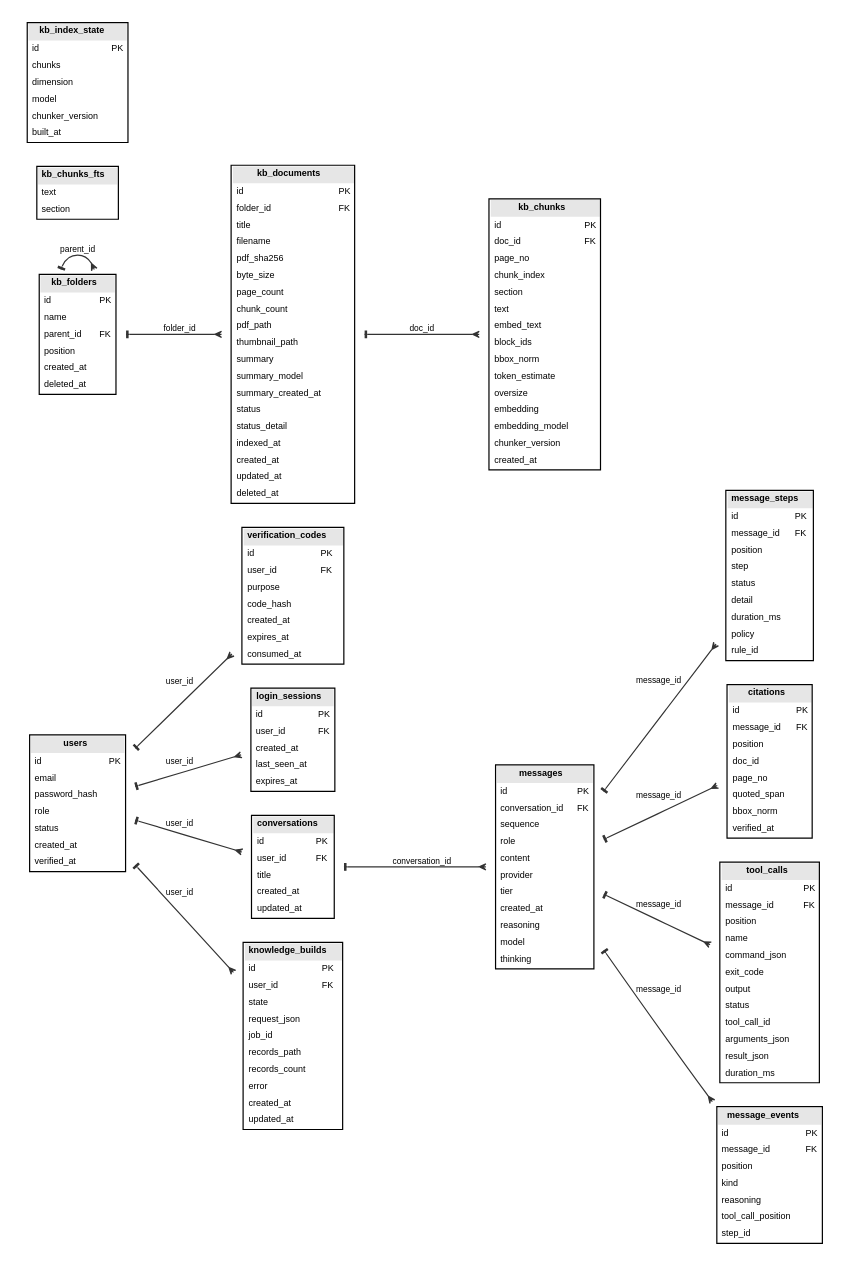
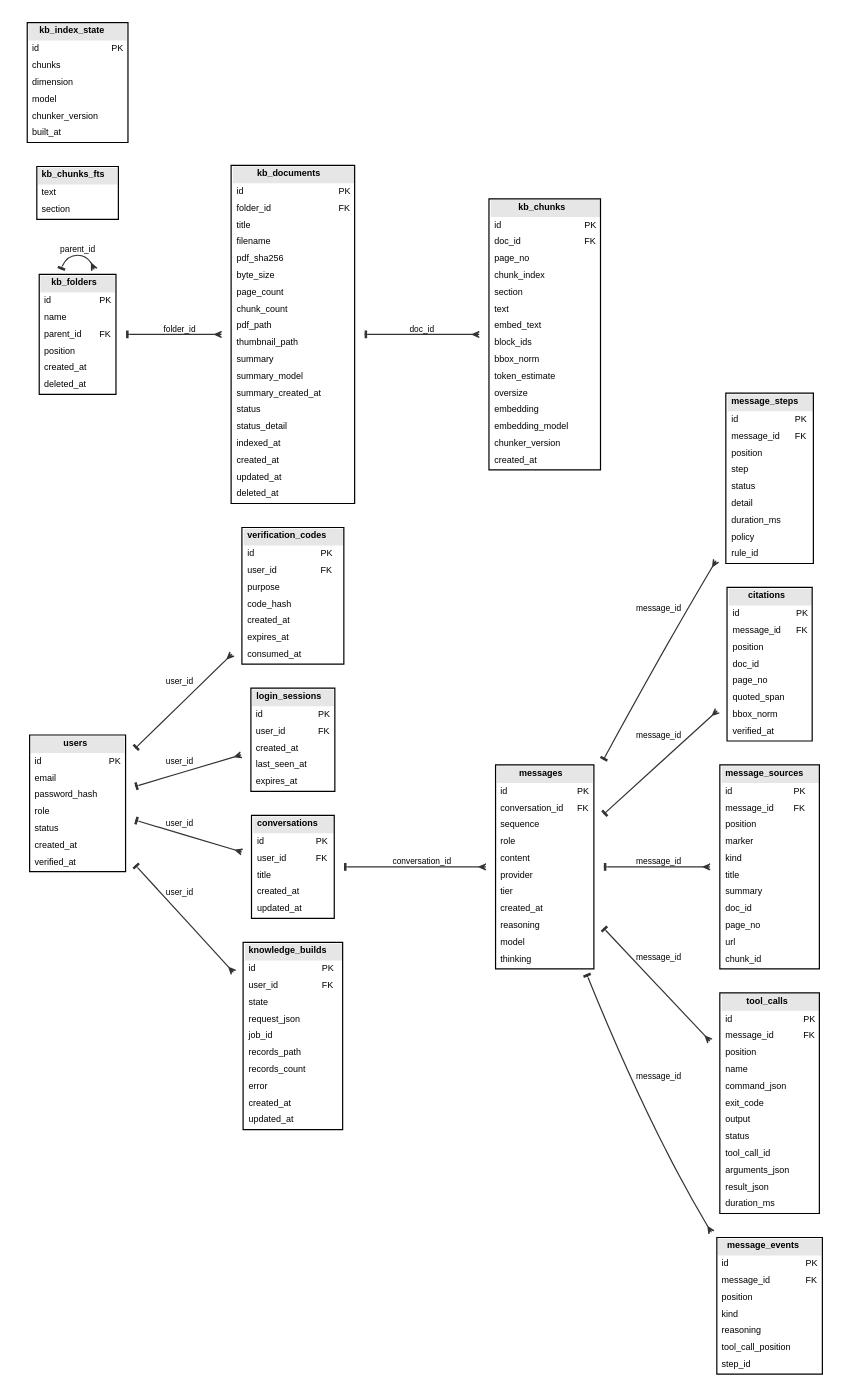
One commit to Kane-LI-0114/verifiable-tutor changed the diagram in docs/figures/physical-db.dot. Above: the diagram before and after it, drawn with Graphviz. The commit also changed 25 other files, not shown here.

```diff
--- a/docs/figures/physical-db.dot
+++ b/docs/figures/physical-db.dot
@@ -78,6 +78,20 @@
       <TR><TD ALIGN="LEFT">quoted_span</TD><TD ALIGN="LEFT"></TD></TR>
       <TR><TD ALIGN="LEFT">bbox_norm</TD><TD ALIGN="LEFT"></TD></TR>
       <TR><TD ALIGN="LEFT">verified_at</TD><TD ALIGN="LEFT"></TD></TR>
+    </TABLE>>];
+  message_sources [label=<<TABLE BORDER="1" CELLBORDER="0" CELLSPACING="0" CELLPADDING="3" BGCOLOR="white">
+      <TR><TD BGCOLOR="#e6e6e6" COLSPAN="2"><B>message_sources</B></TD></TR>
+      <TR><TD ALIGN="LEFT">id</TD><TD ALIGN="LEFT">PK</TD></TR>
+      <TR><TD ALIGN="LEFT">message_id</TD><TD ALIGN="LEFT">FK</TD></TR>
+      <TR><TD ALIGN="LEFT">position</TD><TD ALIGN="LEFT"></TD></TR>
+      <TR><TD ALIGN="LEFT">marker</TD><TD ALIGN="LEFT"></TD></TR>
+      <TR><TD ALIGN="LEFT">kind</TD><TD ALIGN="LEFT"></TD></TR>
+      <TR><TD ALIGN="LEFT">title</TD><TD ALIGN="LEFT"></TD></TR>
+      <TR><TD ALIGN="LEFT">summary</TD><TD ALIGN="LEFT"></TD></TR>
+      <TR><TD ALIGN="LEFT">doc_id</TD><TD ALIGN="LEFT"></TD></TR>
+      <TR><TD ALIGN="LEFT">page_no</TD><TD ALIGN="LEFT"></TD></TR>
+      <TR><TD ALIGN="LEFT">url</TD><TD ALIGN="LEFT"></TD></TR>
+      <TR><TD ALIGN="LEFT">chunk_id</TD><TD ALIGN="LEFT"></TD></TR>
     </TABLE>>];
   tool_calls [label=<<TABLE BORDER="1" CELLBORDER="0" CELLSPACING="0" CELLPADDING="3" BGCOLOR="white">
       <TR><TD BGCOLOR="#e6e6e6" COLSPAN="2"><B>tool_calls</B></TD></TR>
@@ -186,6 +200,7 @@
   conversations -> messages [label="conversation_id"];
   messages -> message_steps [label="message_id"];
   messages -> citations [label="message_id"];
+  messages -> message_sources [label="message_id"];
   messages -> tool_calls [label="message_id"];
   messages -> message_events [label="message_id"];
   users -> knowledge_builds [label="user_id"];
```
